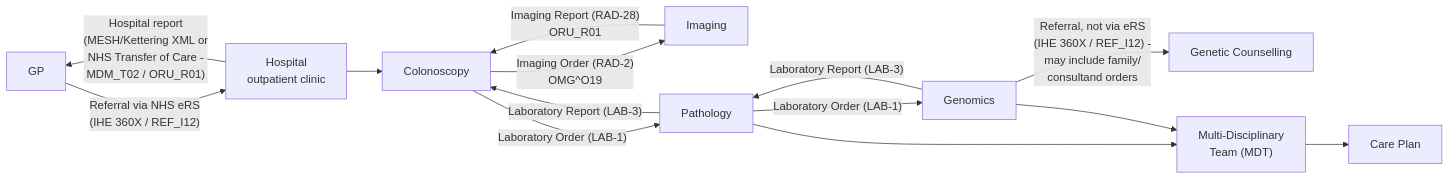
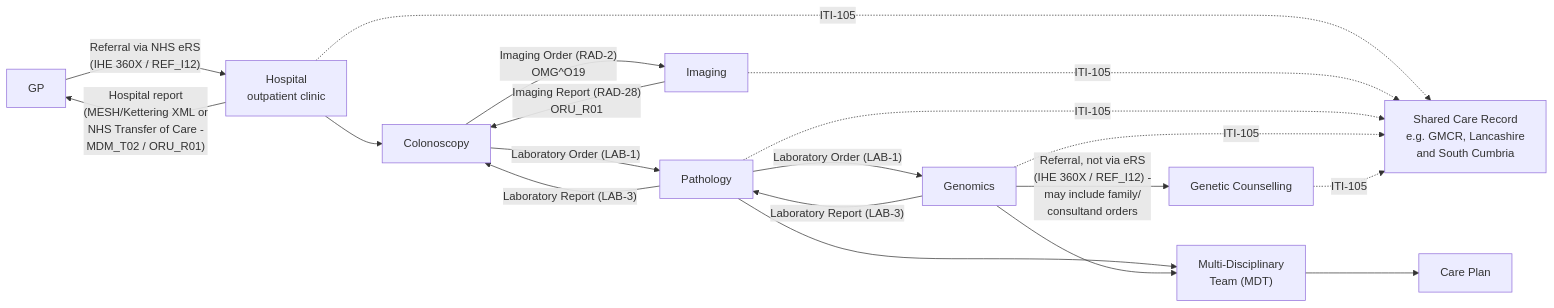
One commit to nw-gmsa/nw-gmsa.github.com changed the third of 5 diagrams in input/pagecontent/CancerNOS.md. Above: the diagram before and after it, drawn with Mermaid.

Commit message:
Add Shared Care Record (ITI-105) flows to the colorectal technical diagram
Each report-producing step (hospital, imaging, pathology, genomics,
genetic counselling) now shows a dotted ITI-105 flow sending a copy
of its document to a Shared Care Record, visualising the aspiration
noted in the surrounding text.

Claude-Session: https://claude.ai/code/session_01FaJZPo5x3UCuWmUi5yyXAB

````diff
--- a/input/pagecontent/CancerNOS.md
+++ b/input/pagecontent/CancerNOS.md
@@ -105,16 +105,22 @@
 ```mermaid
 flowchart LR
     GP["GP"] -->|"Referral via NHS eRS<br/>(IHE 360X / REF_I12)"| Hosp["Hospital<br/>outpatient clinic"]
     Hosp -->|"Hospital report<br/>(MESH/Kettering XML or<br/>NHS Transfer of Care -<br/>MDM_T02 / ORU_R01)"| GP
     Hosp --> Colo["Colonoscopy"]
     Colo -->|"Imaging Order (RAD-2)<br/>OMG^O19"| Img["Imaging"]
     Img -->|"Imaging Report (RAD-28)<br/>ORU_R01"| Colo
     Colo -->|"Laboratory Order (LAB-1)"| Path["Pathology"]
     Path -->|"Laboratory Report (LAB-3)"| Colo
     Path -->|"Laboratory Order (LAB-1)"| Gen["Genomics"]
     Gen -->|"Laboratory Report (LAB-3)"| Path
     Gen -->|"Referral, not via eRS<br/>(IHE 360X / REF_I12) -<br/>may include family/<br/>consultand orders"| Couns["Genetic Counselling"]
     Path --> MDT["Multi-Disciplinary<br/>Team (MDT)"]
     Gen --> MDT
     MDT --> Plan["Care Plan"]
+
+    Hosp -.->|"ITI-105"| SCR["Shared Care Record<br/>e.g. GMCR, Lancashire<br/>and South Cumbria"]
+    Img -.->|"ITI-105"| SCR
+    Path -.->|"ITI-105"| SCR
+    Gen -.->|"ITI-105"| SCR
+    Couns -.->|"ITI-105"| SCR
 ```
````
